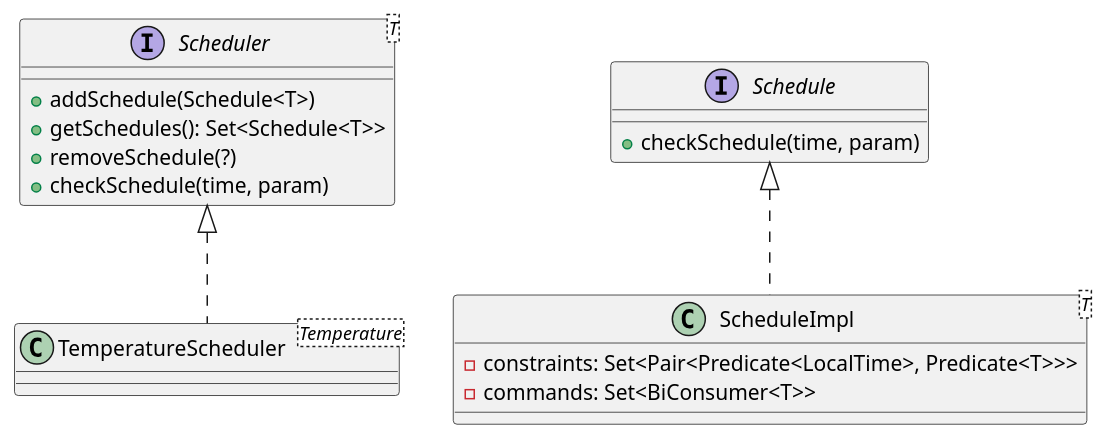
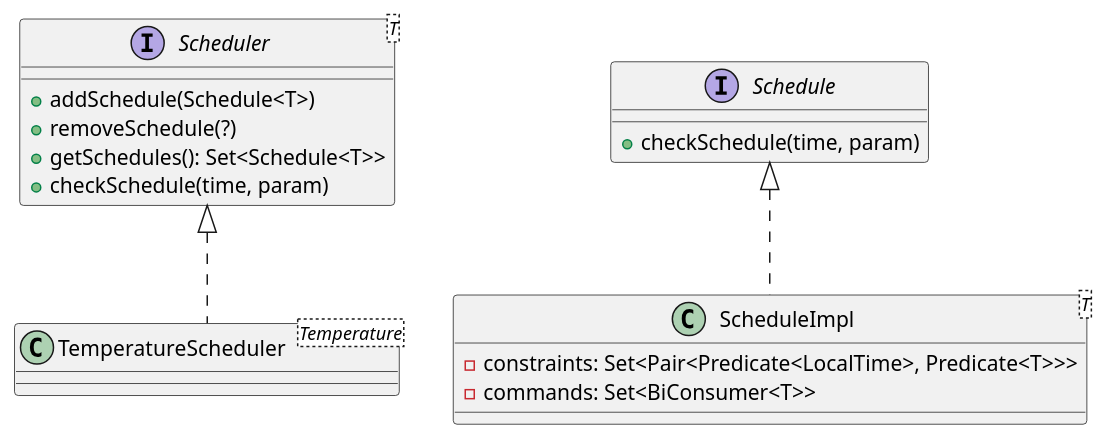
One commit to progetto-oop-22-23/OOP-report changed the diagram in uml/magnani/scheduler.plantuml. Above: the diagram before and after it, drawn with PlantUML. The commit also changed other lines of this file, not shown here.

Commit message:
[uml] update scheduler

```diff
--- a/uml/magnani/scheduler.plantuml
+++ b/uml/magnani/scheduler.plantuml
@@ -1,23 +1,23 @@
 @startuml
 
 interface Scheduler<T> {
 	+ addSchedule(Schedule<T>)
+	+ removeSchedule(?)
 	+ getSchedules(): Set<Schedule<T>>
-	+ removeSchedule(?)
 	+ checkSchedule(time, param)
 }
 
 class TemperatureScheduler<Temperature> implements Scheduler {}
 
 interface Schedule {
 	+ checkSchedule(time, param)
 }
 
 class ScheduleImpl<T> implements Schedule {
 	' // - timeConstraints: Set<Predicate<LocalTime>>
 	' // - paramConstraints: Set<Predicate<T>>
 	- constraints: Set<Pair<Predicate<LocalTime>, Predicate<T>>>
 	- commands: Set<BiConsumer<T>>
 }
 
 @enduml
```
